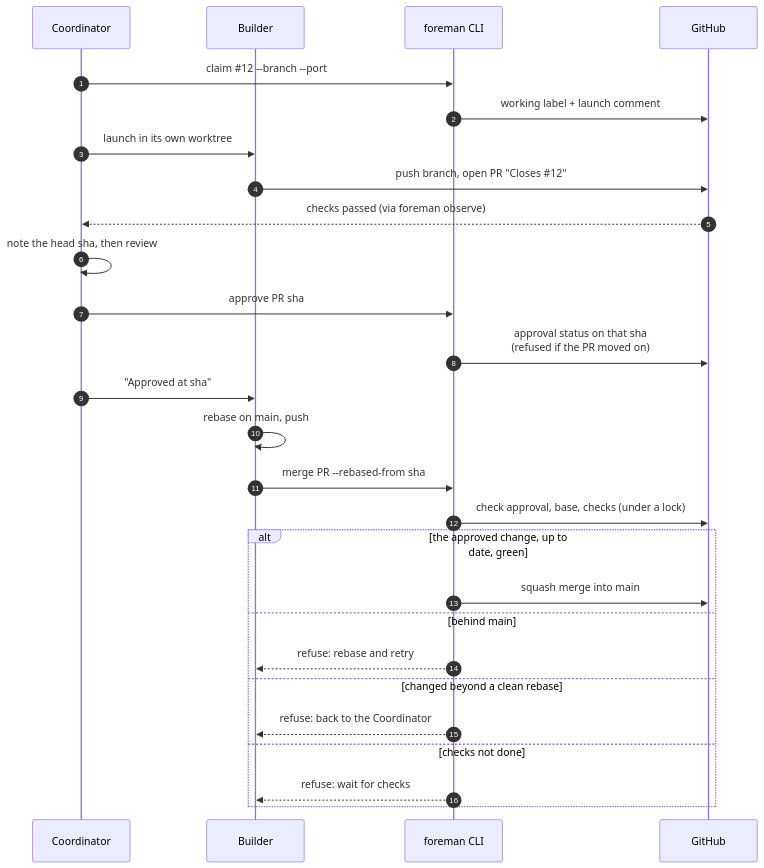
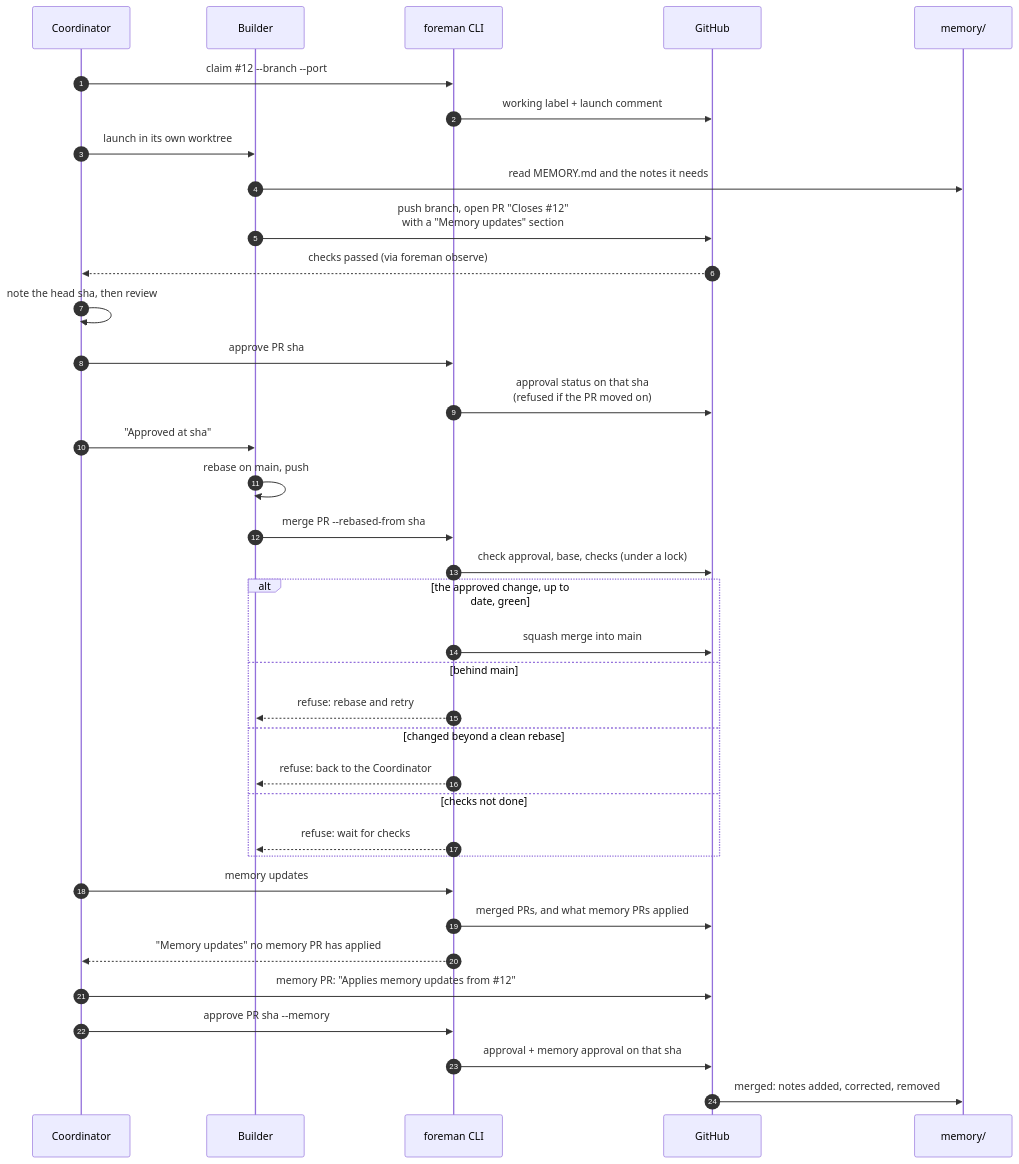
Before and after one commit to smknaqvi/foreman: the second of 3 diagrams in README.md, drawn with Mermaid. The commit also changed other lines of this file and 20 other files, not shown here.

````diff
--- a/README.md
+++ b/README.md
@@ -47,30 +53,39 @@
 ```mermaid
 sequenceDiagram
     autonumber
     participant C as Coordinator
     participant B as Builder
     participant F as foreman CLI
     participant G as GitHub
+    participant M as memory/
 
     C->>F: claim #35;12 --branch --port
     F->>G: working label + launch comment
     C->>B: launch in its own worktree
-    B->>G: push branch, open PR "Closes #35;12"
+    B->>M: read MEMORY.md and the notes it needs
+    B->>G: push branch, open PR "Closes #35;12"<br/>with a "Memory updates" section
     G-->>C: checks passed (via foreman observe)
     C->>C: note the head sha, then review
     C->>F: approve PR sha
     F->>G: approval status on that sha<br/>(refused if the PR moved on)
     C->>B: "Approved at sha"
     B->>B: rebase on main, push
     B->>F: merge PR --rebased-from sha
     F->>G: check approval, base, checks (under a lock)
     alt the approved change, up to date, green
         F->>G: squash merge into main
     else behind main
         F-->>B: refuse: rebase and retry
     else changed beyond a clean rebase
         F-->>B: refuse: back to the Coordinator
     else checks not done
         F-->>B: refuse: wait for checks
     end
+    C->>F: memory updates
+    F->>G: merged PRs, and what memory PRs applied
+    F-->>C: "Memory updates" no memory PR has applied
+    C->>G: memory PR: "Applies memory updates from #35;12"
+    C->>F: approve PR sha --memory
+    F->>G: approval + memory approval on that sha
+    G->>M: merged: notes added, corrected, removed
 ```
````
